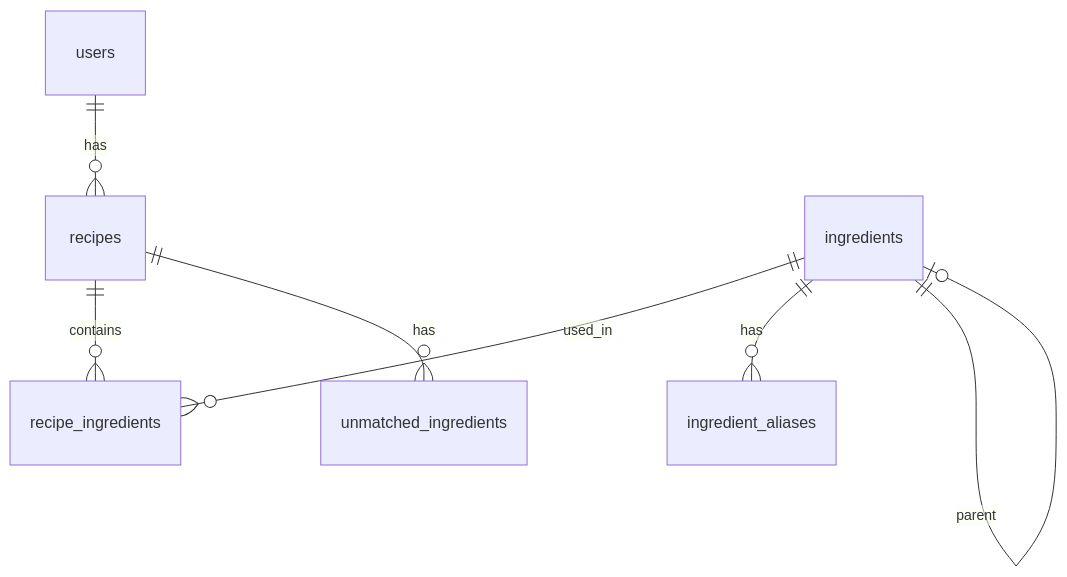
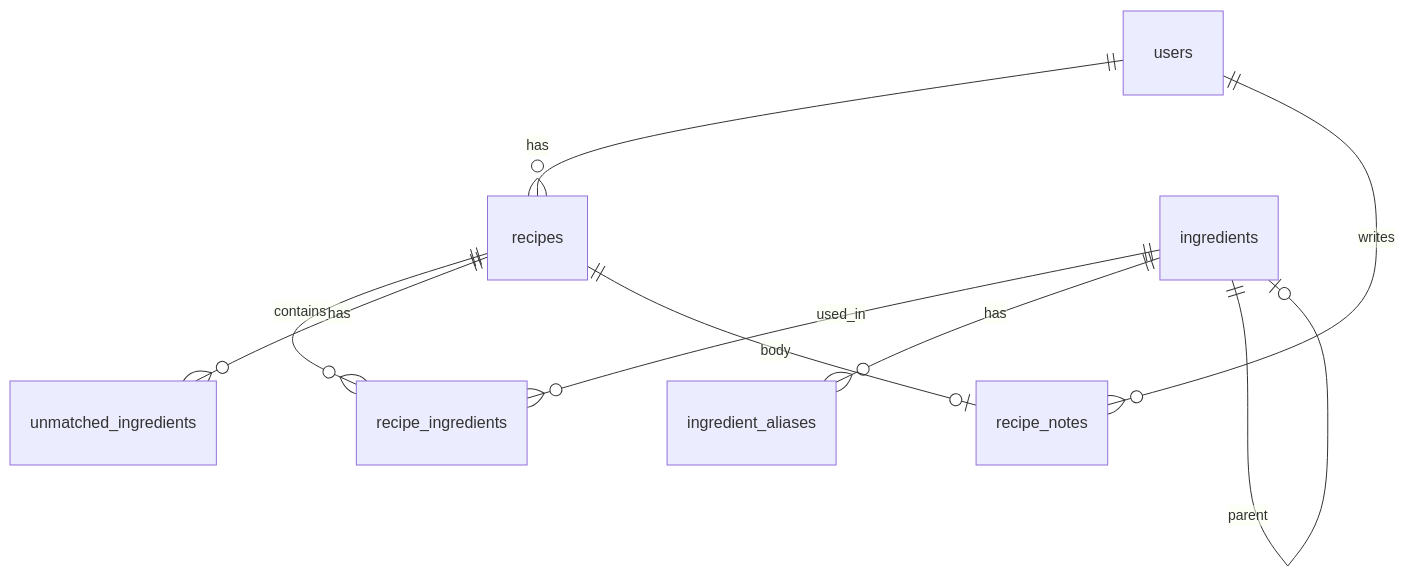
One commit to mktu/recipe-app changed the fourth of 13 diagrams in docs/ARCHITECTURE.md. Above: the diagram before and after it, drawn with Mermaid. The commit also changed other lines of this file and 11 other files, not shown here.

First line of the commit message:
feat(db): recipe_notes テーブルとノート／レシピ行を対で作る RPC を追加（#173）

````diff
--- a/docs/ARCHITECTURE.md
+++ b/docs/ARCHITECTURE.md
@@ -365,16 +365,19 @@
 ```mermaid
 erDiagram
     users ||--o{ recipes : "has"
     recipes ||--o{ recipe_ingredients : "contains"
     ingredients ||--o{ recipe_ingredients : "used_in"
     ingredients ||--o{ ingredient_aliases : "has"
     ingredients ||--o| ingredients : "parent"
     recipes ||--o{ unmatched_ingredients : "has"
+    users ||--o{ recipe_notes : "writes"
+    recipes ||--o| recipe_notes : "body"
 
     users
     recipes
     ingredients
     ingredient_aliases
     recipe_ingredients
     unmatched_ingredients
+    recipe_notes
 ```
````
